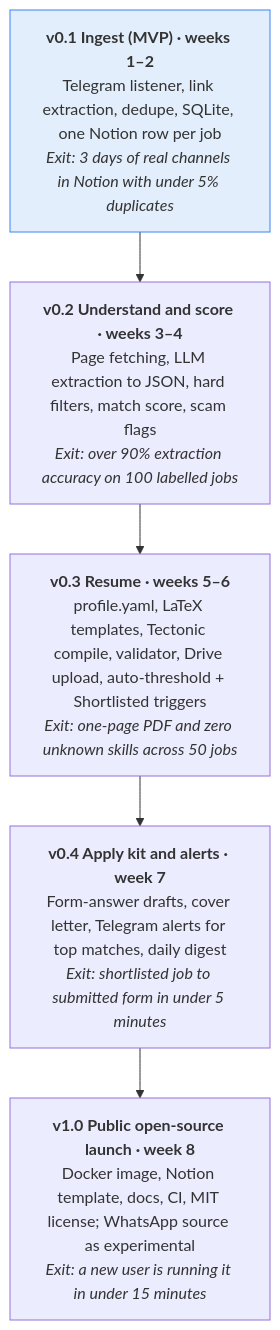
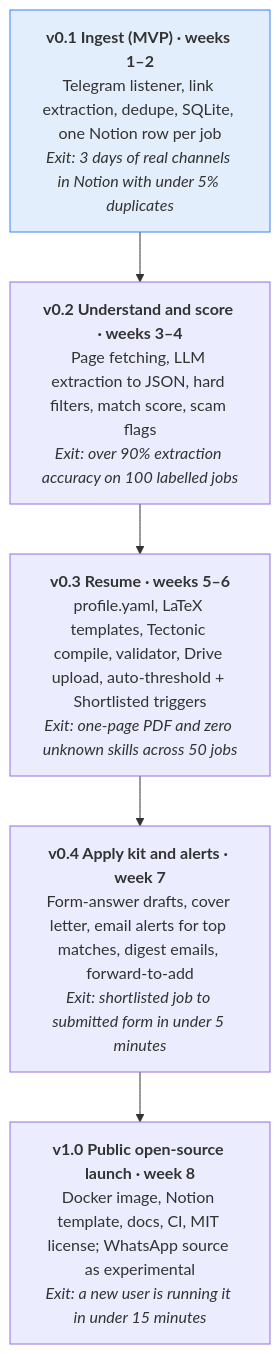
Before and after one commit to ThePlator/JobRadar: the diagram in docs/PRD.md, drawn with Mermaid. The commit also changed other lines of this file and 13 other files, not shown here.

````diff
--- a/docs/PRD.md
+++ b/docs/PRD.md
@@ -181,10 +181,10 @@
 ```mermaid
 flowchart TB
     R1["<b>v0.1 Ingest (MVP) · weeks 1–2</b><br/>Telegram listener, link extraction, dedupe, SQLite, one Notion row per job<br/><i>Exit: 3 days of real channels in Notion with under 5% duplicates</i>"]
     R2["<b>v0.2 Understand and score · weeks 3–4</b><br/>Page fetching, LLM extraction to JSON, hard filters, match score, scam flags<br/><i>Exit: over 90% extraction accuracy on 100 labelled jobs</i>"]
     R3["<b>v0.3 Resume · weeks 5–6</b><br/>profile.yaml, LaTeX templates, Tectonic compile, validator, Drive upload, auto-threshold + Shortlisted triggers<br/><i>Exit: one-page PDF and zero unknown skills across 50 jobs</i>"]
-    R4["<b>v0.4 Apply kit and alerts · week 7</b><br/>Form-answer drafts, cover letter, Telegram alerts for top matches, daily digest<br/><i>Exit: shortlisted job to submitted form in under 5 minutes</i>"]
+    R4["<b>v0.4 Apply kit and alerts · week 7</b><br/>Form-answer drafts, cover letter, email alerts for top matches, digest emails, forward-to-add<br/><i>Exit: shortlisted job to submitted form in under 5 minutes</i>"]
     R5["<b>v1.0 Public open-source launch · week 8</b><br/>Docker image, Notion template, docs, CI, MIT license; WhatsApp source as experimental<br/><i>Exit: a new user is running it in under 15 minutes</i>"]
     R1 --> R2 --> R3 --> R4 --> R5
     style R1 fill:#e3eefc,stroke:#3b82f6
 ```
````
